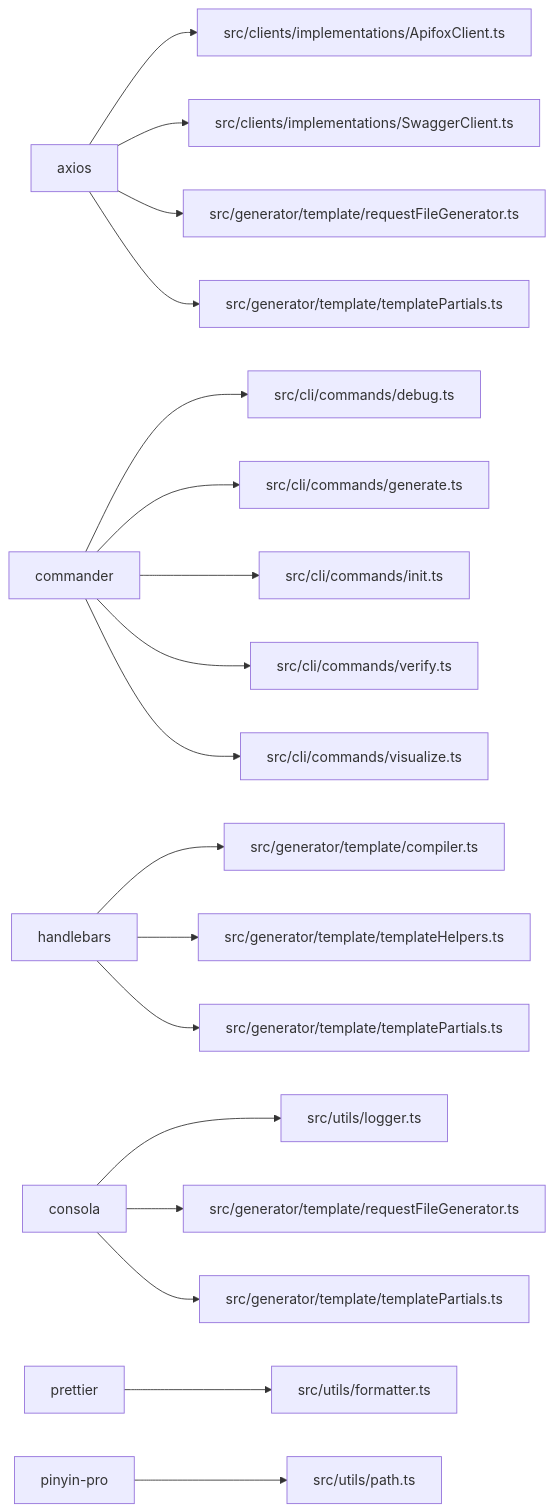
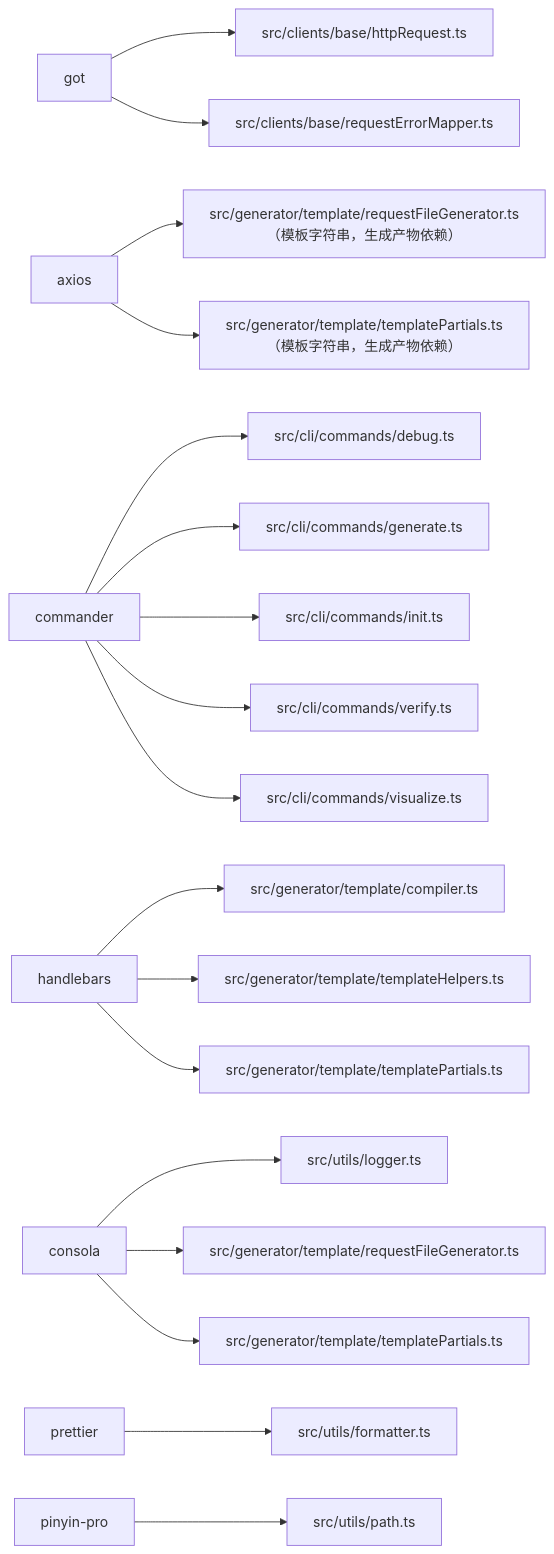
One commit to shawicx/scx-api-tool changed the diagram in .wiki/01-overview/tech-stack.md. Above: the diagram before and after it, drawn with Mermaid. The commit also changed other lines of this file and 23 other files, not shown here.

Commit message:
feat: 数据获取层从 axios 迁移到 got，新增超时重试可配置与请求失败可读错误明细

````diff
--- a/.wiki/01-overview/tech-stack.md
+++ b/.wiki/01-overview/tech-stack.md
@@ -46,20 +46,20 @@
 ```mermaid
 graph LR
-  axios --> a1["src/clients/implementations/ApifoxClient.ts"]
-  axios --> a2["src/clients/implementations/SwaggerClient.ts"]
-  axios --> a3["src/generator/template/requestFileGenerator.ts"]
-  axios --> a4["src/generator/template/templatePartials.ts"]
+  got --> g0["src/clients/base/httpRequest.ts"]
+  got --> g1["src/clients/base/requestErrorMapper.ts"]
+  axios --> a3["src/generator/template/requestFileGenerator.ts（模板字符串，生成产物依赖）"]
+  axios --> a4["src/generator/template/templatePartials.ts（模板字符串，生成产物依赖）"]
   commander --> c1["src/cli/commands/debug.ts"]
   commander --> c2["src/cli/commands/generate.ts"]
   commander --> c3["src/cli/commands/init.ts"]
   commander --> c4["src/cli/commands/verify.ts"]
   commander --> c5["src/cli/commands/visualize.ts"]
   handlebars --> h1["src/generator/template/compiler.ts"]
   handlebars --> h2["src/generator/template/templateHelpers.ts"]
   handlebars --> h3["src/generator/template/templatePartials.ts"]
   consola --> l1["src/utils/logger.ts"]
   consola --> l2["src/generator/template/requestFileGenerator.ts"]
   consola --> l3["src/generator/template/templatePartials.ts"]
   prettier --> p1["src/utils/formatter.ts"]
   pinyin-pro --> y1["src/utils/path.ts"]
 ```
````
